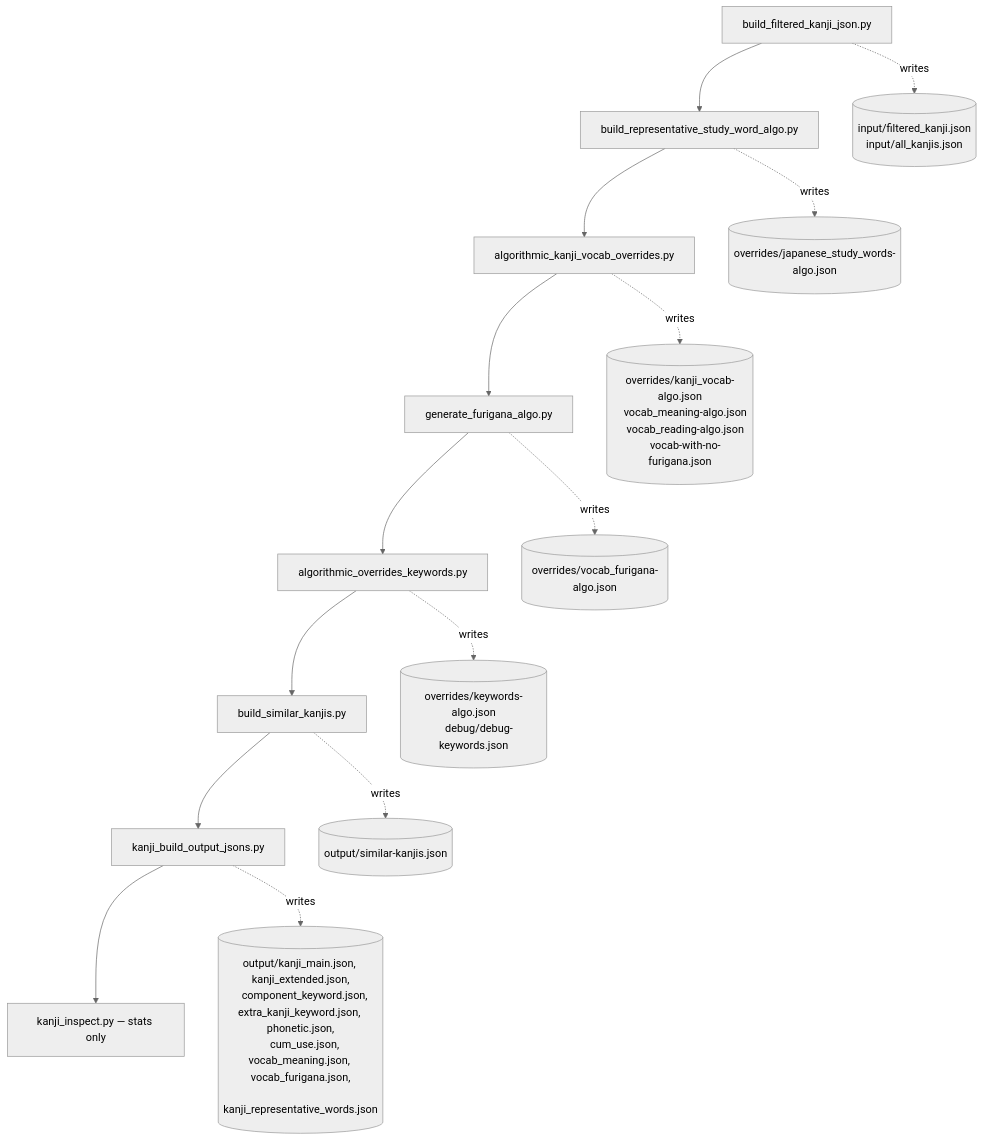
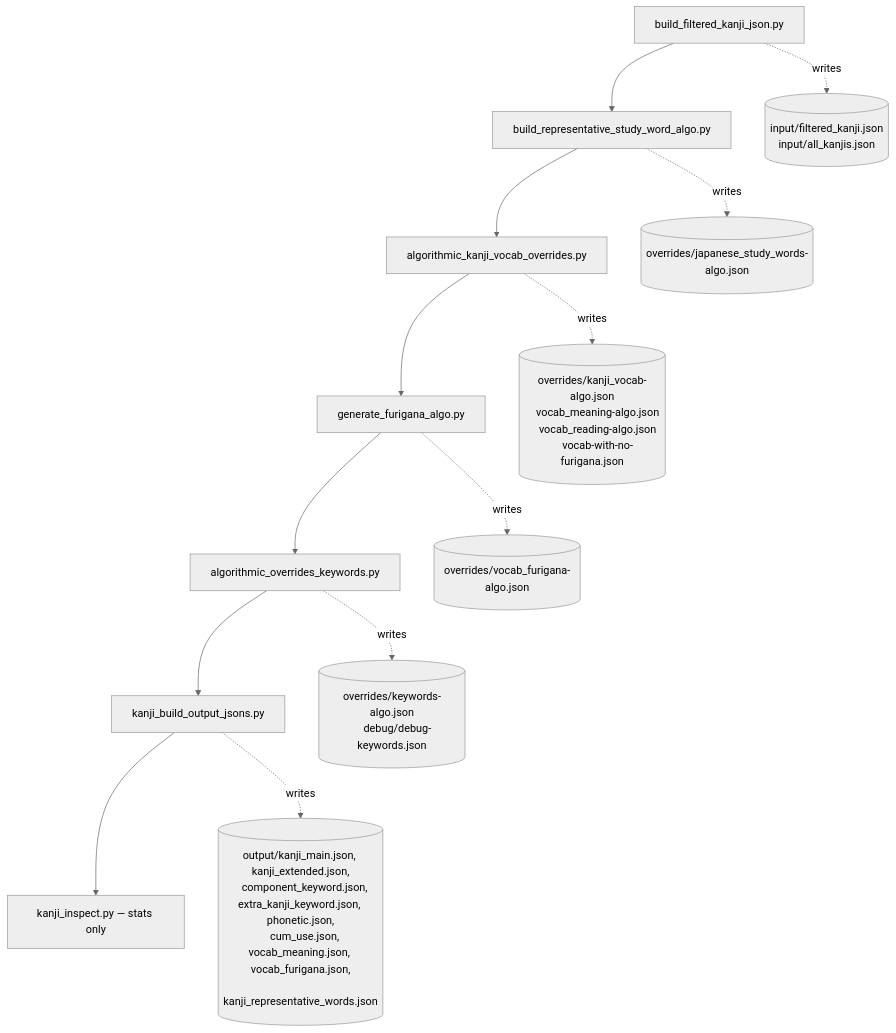
The first of 7 diagrams in notes/flowchart.md (PikaPikaGems/kanji-heatmap-data), drawn with Mermaid (neutral theme) before and after one commit. The commit also changed other lines of this file and 5 other files, not shown here.

````diff
--- a/notes/flowchart.md
+++ b/notes/flowchart.md
@@ -20,26 +20,24 @@
 ```mermaid
 flowchart TD
     A[build_filtered_kanji_json.py] --> B[build_representative_study_word_algo.py]
     B --> C[algorithmic_kanji_vocab_overrides.py]
     C --> D[generate_furigana_algo.py]
     D --> E[algorithmic_overrides_keywords.py]
-    E --> F[build_similar_kanjis.py]
-    F --> G[kanji_build_output_jsons.py]
+    E --> G[kanji_build_output_jsons.py]
     G --> H[kanji_inspect.py — stats only]
 
     A -.writes.-> a1[(input/filtered_kanji.json
     input/all_kanjis.json)]
     B -.writes.-> b1[(overrides/japanese_study_words-algo.json)]
     C -.writes.-> c1[(overrides/kanji_vocab-algo.json
     vocab_meaning-algo.json
     vocab_reading-algo.json
     vocab-with-no-furigana.json)]
     D -.writes.-> d1[(overrides/vocab_furigana-algo.json)]
     E -.writes.-> e1[(overrides/keywords-algo.json
     debug/debug-keywords.json)]
-    F -.writes.-> f1[(output/similar-kanjis.json)]
     G -.writes.-> g1[(output/kanji_main.json, kanji_extended.json,
     component_keyword.json, extra_kanji_keyword.json, phonetic.json,
     cum_use.json, vocab_meaning.json, vocab_furigana.json,
     kanji_representative_words.json)]
 ```
````
